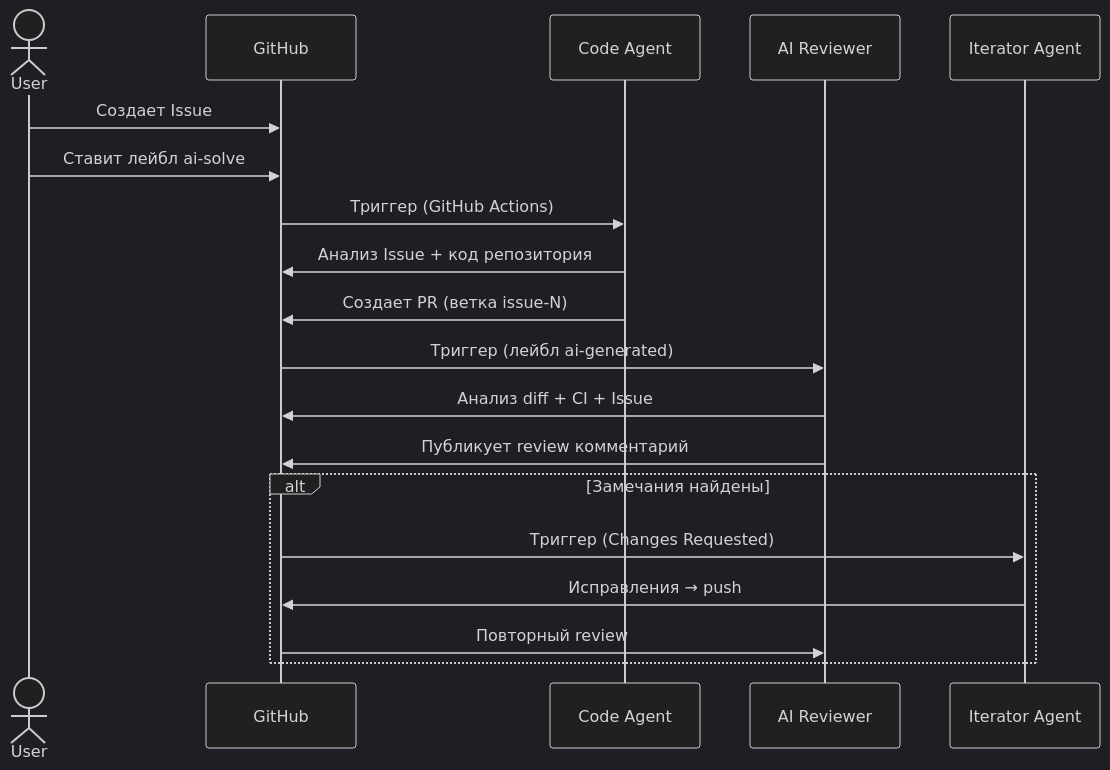
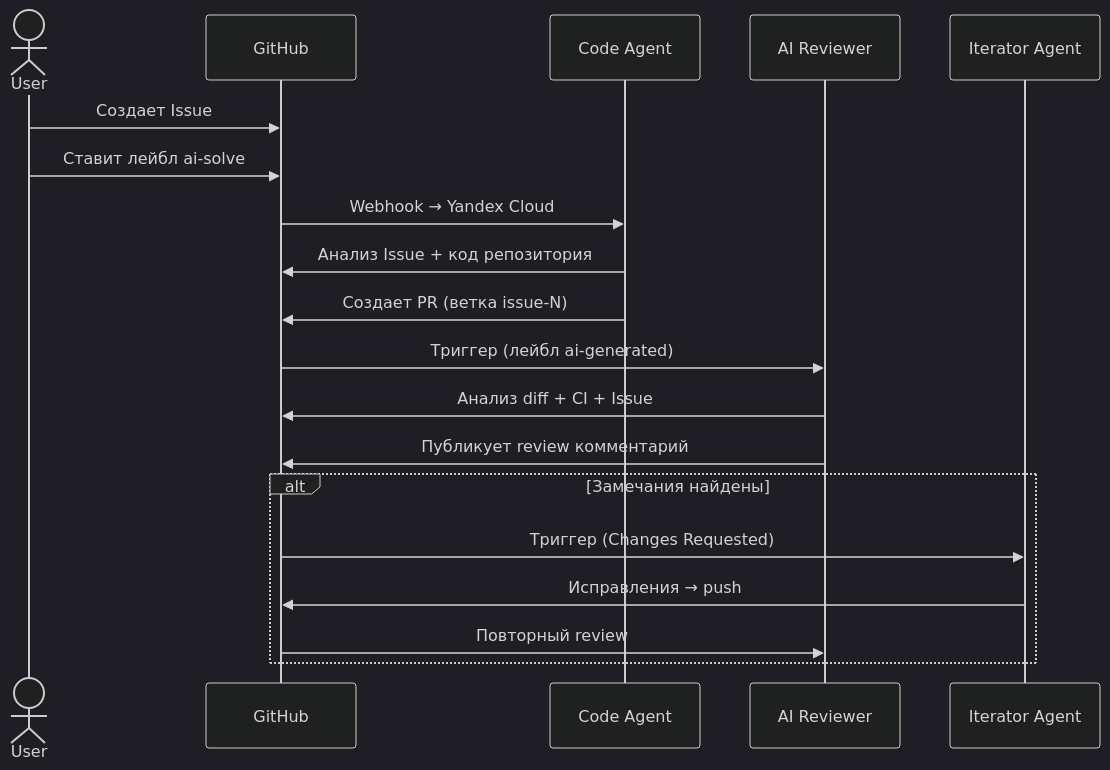
One commit to uiqkos/vibe-driven-assistant changed the diagram in README.md. Above: the diagram before and after it, drawn with Mermaid (dark theme). The commit also changed other lines of this file, not shown here.

First line of the commit message:
Update README: replace GitHub Actions with Yandex Cloud deploy info

````diff
--- a/README.md
+++ b/README.md
@@ -17,22 +17,22 @@
 ```mermaid
 sequenceDiagram
     actor User
     participant GH as GitHub
     participant Solve as Code Agent
     participant Review as AI Reviewer
     participant Iterate as Iterator Agent
 
     User->>GH: Создает Issue
     User->>GH: Ставит лейбл ai-solve
-    GH->>Solve: Триггер (GitHub Actions)
+    GH->>Solve: Webhook → Yandex Cloud
     Solve->>GH: Анализ Issue + код репозитория
     Solve->>GH: Создает PR (ветка issue-N)
     GH->>Review: Триггер (лейбл ai-generated)
     Review->>GH: Анализ diff + CI + Issue
     Review->>GH: Публикует review комментарий
     alt Замечания найдены
         GH->>Iterate: Триггер (Changes Requested)
         Iterate->>GH: Исправления → push
         GH->>Review: Повторный review
     end
 ```
````
